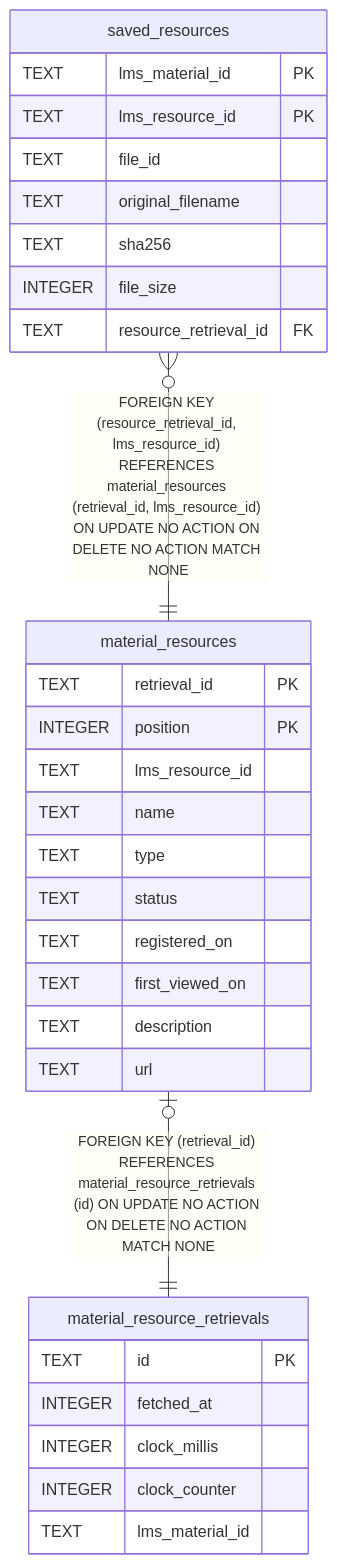
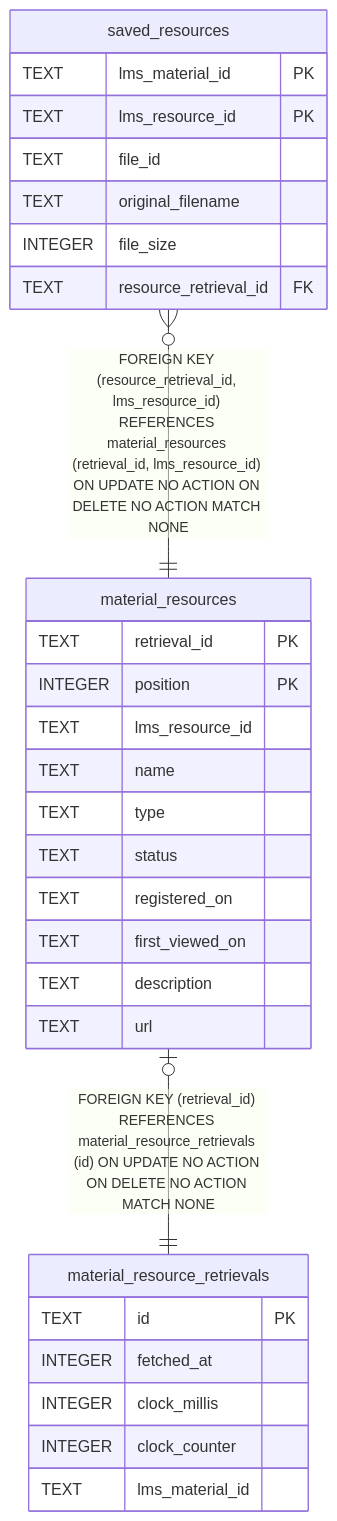
Before and after one commit to futsuuu/ku-potato: the diagram in docs/db/material_resources.md, drawn with Mermaid. The commit also changed 18 other files, not shown here.

````diff
--- a/docs/db/material_resources.md
+++ b/docs/db/material_resources.md
@@ -67,35 +67,34 @@
 ```mermaid
 erDiagram
 
 "material_resources" |o--|| "material_resource_retrievals" : "FOREIGN KEY (retrieval_id) REFERENCES material_resource_retrievals (id) ON UPDATE NO ACTION ON DELETE NO ACTION MATCH NONE"
 "saved_resources" }o--|| "material_resources" : "FOREIGN KEY (resource_retrieval_id, lms_resource_id) REFERENCES material_resources (retrieval_id, lms_resource_id) ON UPDATE NO ACTION ON DELETE NO ACTION MATCH NONE"
 
 "material_resources" {
   TEXT retrieval_id PK
   INTEGER position PK
   TEXT lms_resource_id
   TEXT name
   TEXT type
   TEXT status
   TEXT registered_on
   TEXT first_viewed_on
   TEXT description
   TEXT url
 }
 "material_resource_retrievals" {
   TEXT id PK
   INTEGER fetched_at
   INTEGER clock_millis
   INTEGER clock_counter
   TEXT lms_material_id
 }
 "saved_resources" {
   TEXT lms_material_id PK
   TEXT lms_resource_id PK
   TEXT file_id
   TEXT original_filename
-  TEXT sha256
   INTEGER file_size
   TEXT resource_retrieval_id FK
 }
 ```
````
